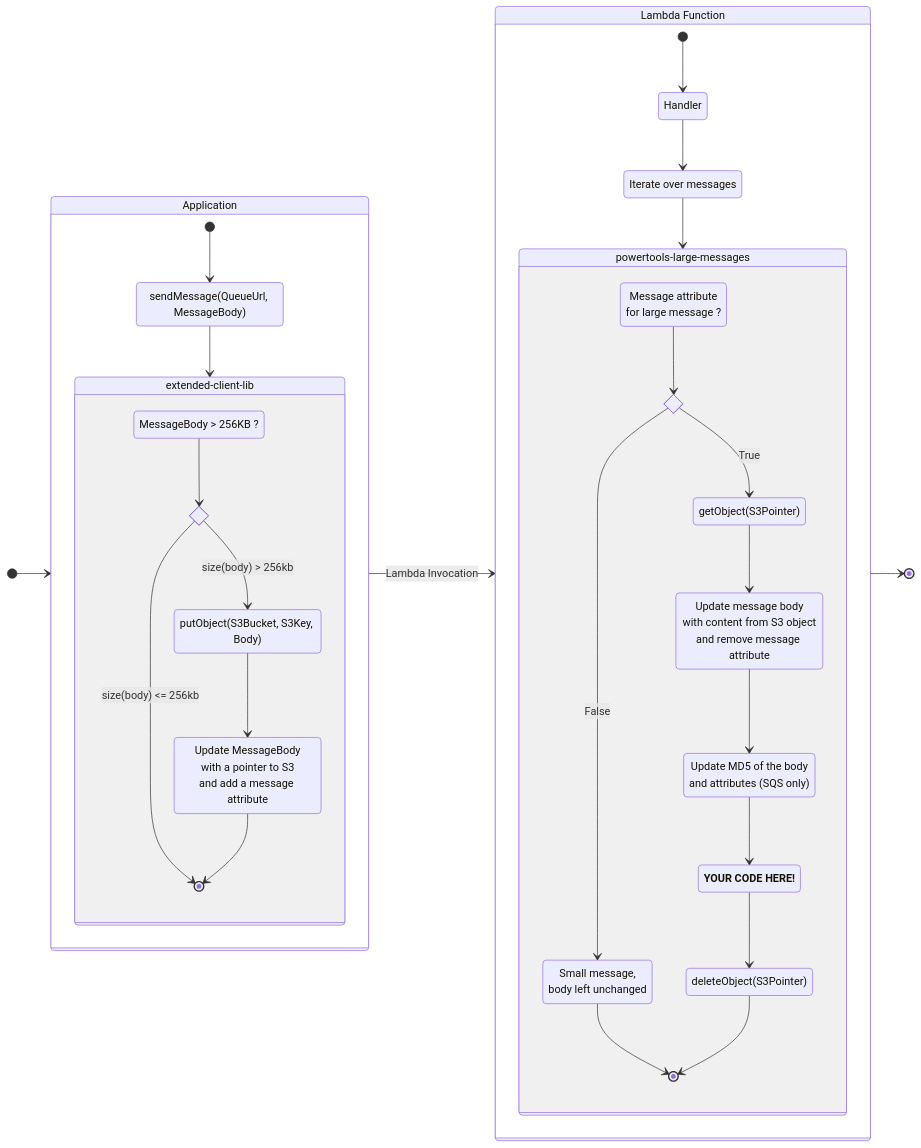
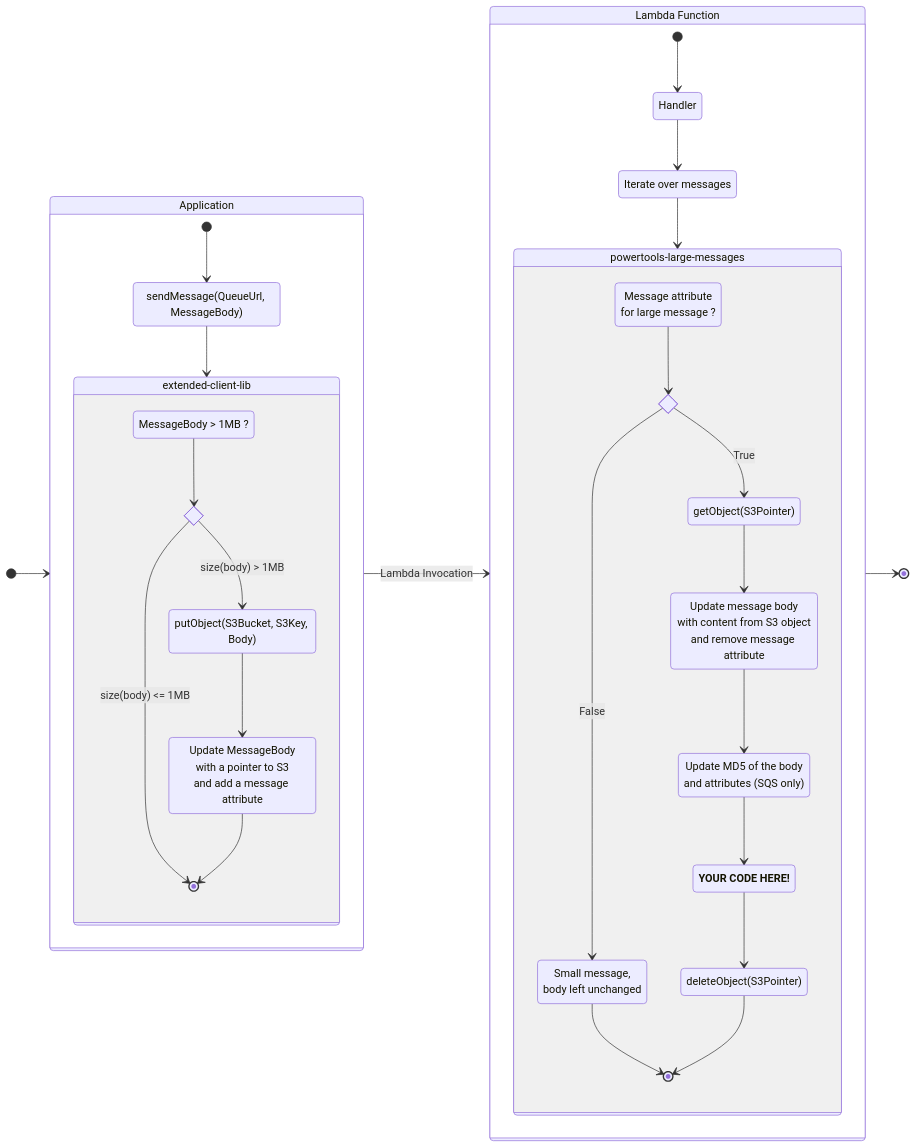
One commit to aws-powertools/powertools-lambda-java changed the diagram in docs/utilities/large_messages.md. Above: the diagram before and after it, drawn with Mermaid. The commit also changed other lines of this file and 12 other files, not shown here.

````diff
--- a/docs/utilities/large_messages.md
+++ b/docs/utilities/large_messages.md
@@ -17,57 +17,57 @@
 ```mermaid
 stateDiagram-v2
     direction LR
     Function : Lambda Function
     
     state Application {
         direction TB
         sendMsg: sendMessage(QueueUrl, MessageBody)
         extendLib: extended-client-lib
         [*] --> sendMsg
         sendMsg --> extendLib
         state extendLib {
             state if_big <<choice>>
-            bigMsg: MessageBody > 256KB ?
+            bigMsg: MessageBody > 1MB ?
             putObject: putObject(S3Bucket, S3Key, Body)
             updateMsg: Update MessageBody<br>with a pointer to S3<br>and add a message attribute
             bigMsg --> if_big
-            if_big --> [*]: size(body) <= 256kb
-            if_big --> putObject: size(body) > 256kb
+            if_big --> [*]: size(body) <= 1MB
+            if_big --> putObject: size(body) > 1MB
             putObject --> updateMsg
             updateMsg --> [*]
         }
     }
     
     state Function {
         direction TB
         iterateMsgs: Iterate over messages
         ptLargeMsg: powertools-large-messages
         [*] --> Handler
         Handler --> iterateMsgs
         iterateMsgs --> ptLargeMsg
         state ptLargeMsg {
             state if_pointer <<choice>>
             pointer: Message attribute <br>for large message ?
             normalMsg: Small message,<br>body left unchanged
             getObject: getObject(S3Pointer)
             deleteObject: deleteObject(S3Pointer)
             updateBody: Update message body<br>with content from S3 object<br>and remove message attribute
             updateMD5: Update MD5 of the body<br>and attributes (SQS only)
             yourcode: <b>YOUR CODE HERE!</b>
             pointer --> if_pointer
             if_pointer --> normalMsg : False
             normalMsg --> [*]
             if_pointer --> getObject : True
             getObject --> updateBody
             updateBody --> updateMD5
             updateMD5 --> yourcode
             yourcode --> deleteObject
             deleteObject --> [*]
         }
     }
 
     [*] --> Application
     Application --> Function : Lambda Invocation
     Function --> [*]
     
 ```
````
